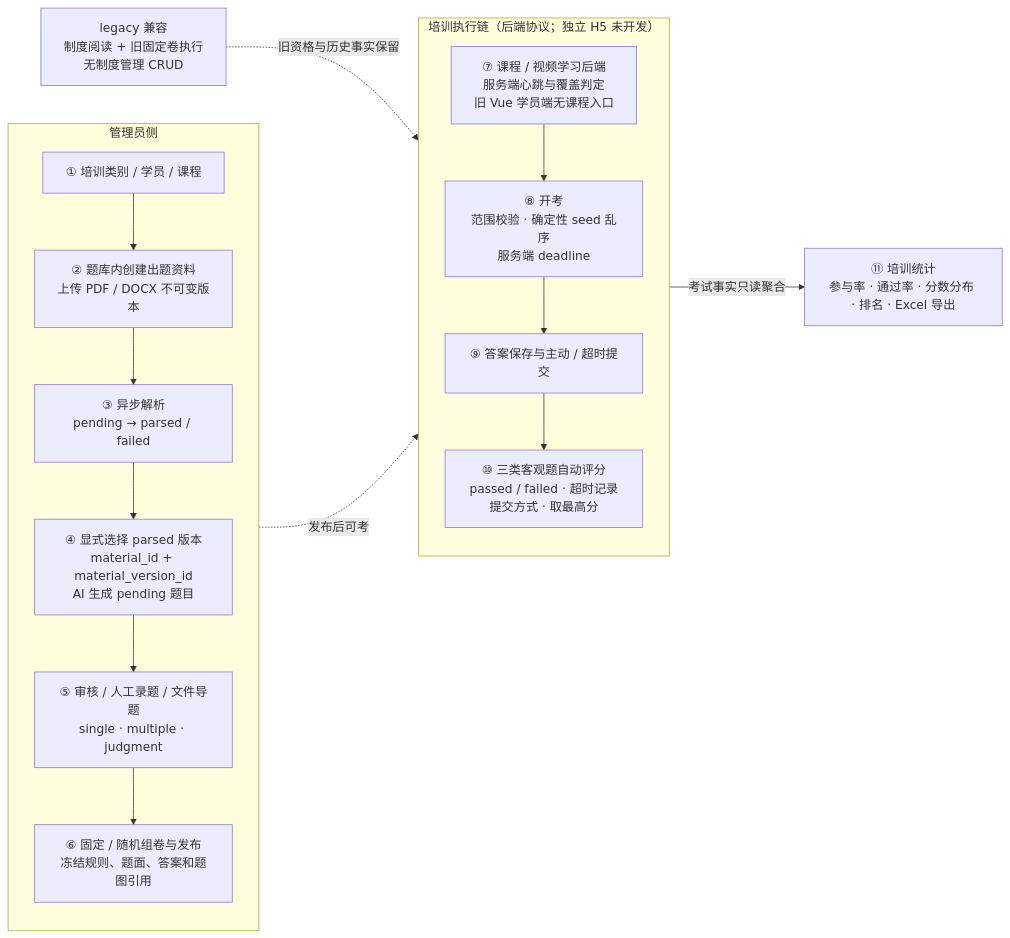
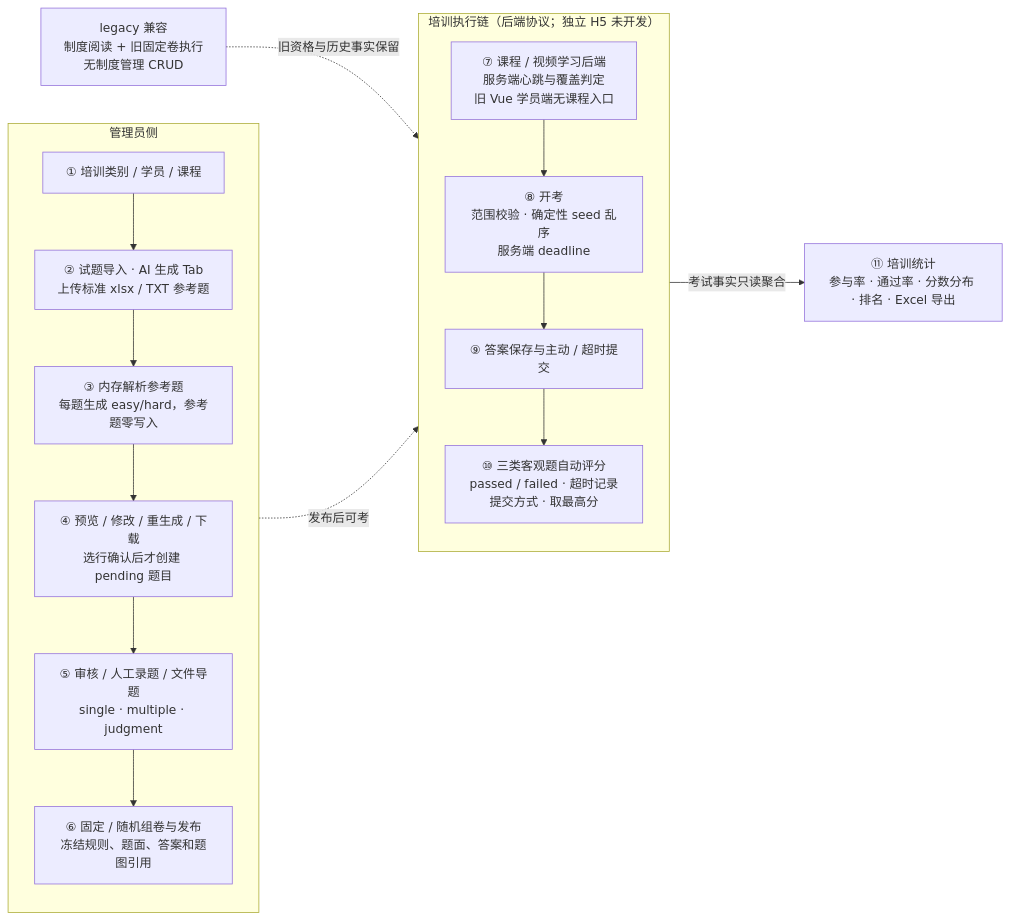
Before and after one commit to caoguanjie/emodor-exam: the first of 23 diagrams in docs/design/06-关键流程.md, drawn with Mermaid. The commit also changed other lines of this file and 93 other files, not shown here.

````diff
--- a/docs/design/06-关键流程.md
+++ b/docs/design/06-关键流程.md
@@ -17,29 +17,29 @@
 ```mermaid
 flowchart LR
     subgraph LANE_A["管理员侧"]
         direction TB
         A0["① 培训类别 / 学员 / 课程"]
-        A1["② 题库内创建出题资料<br/>上传 PDF / DOCX 不可变版本"]
-        A2["③ 异步解析<br/>pending → parsed / failed"]
-        A3["④ 显式选择 parsed 版本<br/>material_id + material_version_id<br/>AI 生成 pending 题目"]
+        A1["② 试题导入 · AI 生成 Tab<br/>上传标准 xlsx / TXT 参考题"]
+        A2["③ 内存解析参考题<br/>每题生成 easy/hard，参考题零写入"]
+        A3["④ 预览 / 修改 / 重生成 / 下载<br/>选行确认后才创建 pending 题目"]
         A4["⑤ 审核 / 人工录题 / 文件导题<br/>single · multiple · judgment"]
         A5["⑥ 固定 / 随机组卷与发布<br/>冻结规则、题面、答案和题图引用"]
         A0 --> A1 --> A2 --> A3 --> A4 --> A5
     end
 
     subgraph LANE_E["培训执行链（后端协议；独立 H5 未开发）"]
         direction TB
         E1["⑦ 课程 / 视频学习后端<br/>服务端心跳与覆盖判定<br/>旧 Vue 学员端无课程入口"]
         E2["⑧ 开考<br/>范围校验 · 确定性 seed 乱序<br/>服务端 deadline"]
         E3["⑨ 答案保存与主动 / 超时提交"]
         E4["⑩ 三类客观题自动评分<br/>passed / failed · 超时记录提交方式 · 取最高分"]
         E1 --> E2 --> E3 --> E4
     end
 
     S["⑪ 培训统计<br/>参与率 · 通过率 · 分数分布 · 排名 · Excel 导出"]
     L["legacy 兼容<br/>制度阅读 + 旧固定卷执行<br/>无制度管理 CRUD"]
 
     A5 -.->|"发布后可考"| E2
     E4 -->|"考试事实只读聚合"| S
     L -.->|"旧资格与历史事实保留"| E2
 ```
````
